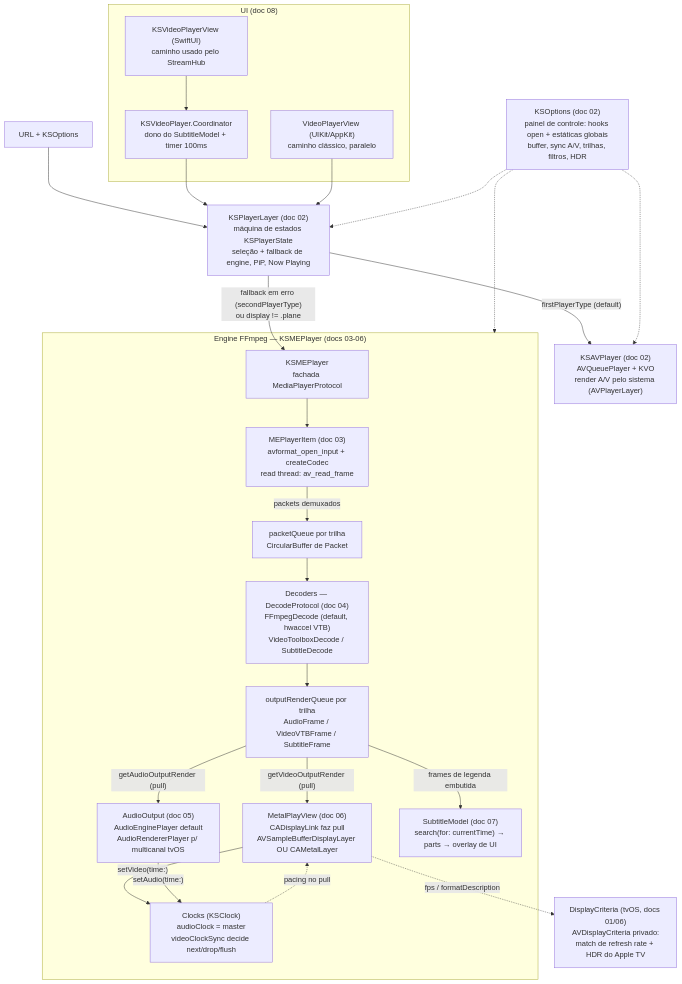
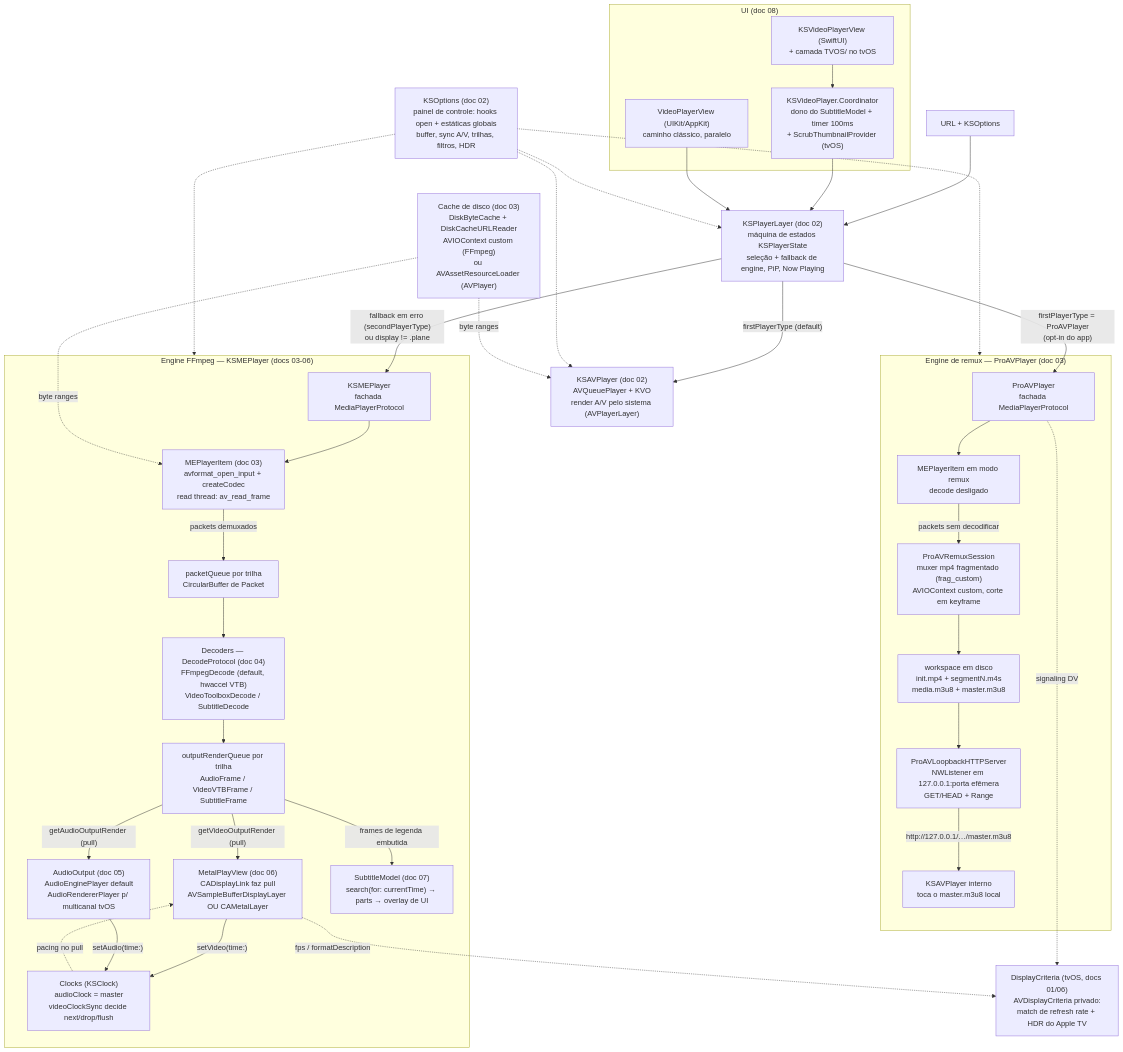
Before and after one commit to joaoalvess/lumen-player: the diagram in docs/00-ARQUITETURA.md, drawn with Mermaid. The commit also changed other lines of this file and 9 other files, not shown here.

Commit message:
docs: update architecture documentation for the current codebase

````diff
--- a/docs/00-ARQUITETURA.md
+++ b/docs/00-ARQUITETURA.md
@@ -44,50 +50,72 @@
 ```mermaid
 flowchart TD
-    URL["URL + KSOptions"] --> LAYER
+ URL["URL + KSOptions"] --> LAYER
 
-    subgraph UILAYER["UI (doc 08)"]
-        SWIFTUI["KSVideoPlayerView (SwiftUI)<br/>caminho usado pelo StreamHub"]
-        UIKIT["VideoPlayerView (UIKit/AppKit)<br/>caminho clássico, paralelo"]
-        COORD["KSVideoPlayer.Coordinator<br/>dono do SubtitleModel + timer 100ms"]
-    end
+ subgraph UILAYER["UI (doc 08)"]
+ SWIFTUI["KSVideoPlayerView (SwiftUI)<br/>+ camada TVOS/ no tvOS"]
+ UIKIT["VideoPlayerView (UIKit/AppKit)<br/>caminho clássico, paralelo"]
+ COORD["KSVideoPlayer.Coordinator<br/>dono do SubtitleModel + timer 100ms<br/>+ ScrubThumbnailProvider (tvOS)"]
+ end
 
-    SWIFTUI --> COORD
-    COORD --> LAYER
-    UIKIT --> LAYER
+ SWIFTUI --> COORD
+ COORD --> LAYER
+ UIKIT --> LAYER
 
-    LAYER["KSPlayerLayer (doc 02)<br/>máquina de estados KSPlayerState<br/>seleção + fallback de engine, PiP, Now Playing"]
+ LAYER["KSPlayerLayer (doc 02)<br/>máquina de estados KSPlayerState<br/>seleção + fallback de engine, PiP, Now Playing"]
 
-    LAYER -->|"firstPlayerType (default)"| AVP["KSAVPlayer (doc 02)<br/>AVQueuePlayer + KVO<br/>render A/V pelo sistema (AVPlayerLayer)"]
-    LAYER -->|"fallback em erro (secondPlayerType)<br/>ou display != .plane"| MEP
+ LAYER -->|"firstPlayerType (default)"| AVP["KSAVPlayer (doc 02)<br/>AVQueuePlayer + KVO<br/>render A/V pelo sistema (AVPlayerLayer)"]
+ LAYER -->|"fallback em erro (secondPlayerType)<br/>ou display != .plane"| MEP
+ LAYER -->|"firstPlayerType = ProAVPlayer<br/>(opt-in do app)"| PROAV
 
-    subgraph ENGME["Engine FFmpeg — KSMEPlayer (docs 03-06)"]
-        MEP["KSMEPlayer<br/>fachada MediaPlayerProtocol"]
-        ITEM["MEPlayerItem (doc 03)<br/>avformat_open_input + createCodec<br/>read thread: av_read_frame"]
-        PKT["packetQueue por trilha<br/>CircularBuffer de Packet"]
-        DEC["Decoders — DecodeProtocol (doc 04)<br/>FFmpegDecode (default, hwaccel VTB)<br/>VideoToolboxDecode / SubtitleDecode"]
-        FRQ["outputRenderQueue por trilha<br/>AudioFrame / VideoVTBFrame / SubtitleFrame"]
-        VID["MetalPlayView (doc 06)<br/>CADisplayLink faz pull<br/>AVSampleBufferDisplayLayer OU CAMetalLayer"]
-        AUD["AudioOutput (doc 05)<br/>AudioEnginePlayer default<br/>AudioRendererPlayer p/ multicanal tvOS"]
-        SUBM["SubtitleModel (doc 07)<br/>search(for: currentTime) → parts → overlay de UI"]
-        CLK["Clocks (KSClock)<br/>audioClock = master<br/>videoClockSync decide next/drop/flush"]
+ subgraph ENGPRO["Engine de remux — ProAVPlayer (doc 03)"]
+ PROAV["ProAVPlayer<br/>fachada MediaPlayerProtocol"]
+ PITEM["MEPlayerItem em modo remux<br/>decode desligado"]
+ RMX["ProAVRemuxSession<br/>muxer mp4 fragmentado (frag_custom)<br/>AVIOContext custom, corte em keyframe"]
+ SEG["workspace em disco<br/>init.mp4 + segmentN.m4s<br/>media.m3u8 + master.m3u8"]
+ SRV["ProAVLoopbackHTTPServer<br/>NWListener em 127.0.0.1:porta efêmera<br/>GET/HEAD + Range"]
+ INNER["KSAVPlayer interno<br/>toca o master.m3u8 local"]
 
-        MEP --> ITEM
-        ITEM -->|"packets demuxados"| PKT
-        PKT --> DEC
-        DEC --> FRQ
-        FRQ -->|"getVideoOutputRender (pull)"| VID
-        FRQ -->|"getAudioOutputRender (pull)"| AUD
-        FRQ -->|"frames de legenda embutida"| SUBM
-        VID -->|"setVideo(time:)"| CLK
-        AUD -->|"setAudio(time:)"| CLK
-        CLK -.->|"pacing no pull"| VID
-    end
+ PROAV --> PITEM
+ PITEM -->|"packets sem decodificar"| RMX
+ RMX --> SEG
+ SEG --> SRV
+ SRV -->|"http://127.0.0.1/…/master.m3u8"| INNER
+ end
 
-    OPT["KSOptions (doc 02)<br/>painel de controle: hooks open + estáticas globais<br/>buffer, sync A/V, trilhas, filtros, HDR"]
-    OPT -.-> LAYER
-    OPT -.-> AVP
-    OPT -.-> ENGME
+ subgraph ENGME["Engine FFmpeg — KSMEPlayer (docs 03-06)"]
+ MEP["KSMEPlayer<br/>fachada MediaPlayerProtocol"]
+ ITEM["MEPlayerItem (doc 03)<br/>avformat_open_input + createCodec<br/>read thread: av_read_frame"]
+ PKT["packetQueue por trilha<br/>CircularBuffer de Packet"]
+ DEC["Decoders — DecodeProtocol (doc 04)<br/>FFmpegDecode (default, hwaccel VTB)<br/>VideoToolboxDecode / SubtitleDecode"]
+ FRQ["outputRenderQueue por trilha<br/>AudioFrame / VideoVTBFrame / SubtitleFrame"]
+ VID["MetalPlayView (doc 06)<br/>CADisplayLink faz pull<br/>AVSampleBufferDisplayLayer OU CAMetalLayer"]
+ AUD["AudioOutput (doc 05)<br/>AudioEnginePlayer default<br/>AudioRendererPlayer p/ multicanal tvOS"]
+ SUBM["SubtitleModel (doc 07)<br/>search(for: currentTime) → parts → overlay de UI"]
+ CLK["Clocks (KSClock)<br/>audioClock = master<br/>videoClockSync decide next/drop/flush"]
 
-    DCRIT["DisplayCriteria (tvOS, docs 01/06)<br/>AVDisplayCriteria privado:<br/>match de refresh rate + HDR do Apple TV"]
-    VID -.->|"fps / formatDescription"| DCRIT
+ MEP --> ITEM
+ ITEM -->|"packets demuxados"| PKT
+ PKT --> DEC
+ DEC --> FRQ
+ FRQ -->|"getVideoOutputRender (pull)"| VID
+ FRQ -->|"getAudioOutputRender (pull)"| AUD
+ FRQ -->|"frames de legenda embutida"| SUBM
+ VID -->|"setVideo(time:)"| CLK
+ AUD -->|"setAudio(time:)"| CLK
+ CLK -.->|"pacing no pull"| VID
+ end
+
+ OPT["KSOptions (doc 02)<br/>painel de controle: hooks open + estáticas globais<br/>buffer, sync A/V, trilhas, filtros, HDR"]
+ OPT -.-> LAYER
+ OPT -.-> AVP
+ OPT -.-> ENGME
+ OPT -.-> ENGPRO
+
+ CACHE["Cache de disco (doc 03)<br/>DiskByteCache + DiskCacheURLReader<br/>AVIOContext custom (FFmpeg)<br/>ou AVAssetResourceLoader (AVPlayer)"]
+ CACHE -.->|"byte ranges"| ITEM
+ CACHE -.->|"byte ranges"| AVP
+
+ DCRIT["DisplayCriteria (tvOS, docs 01/06)<br/>AVDisplayCriteria privado:<br/>match de refresh rate + HDR do Apple TV"]
+ VID -.->|"fps / formatDescription"| DCRIT
+ PROAV -.->|"signaling DV"| DCRIT
 ```
````
